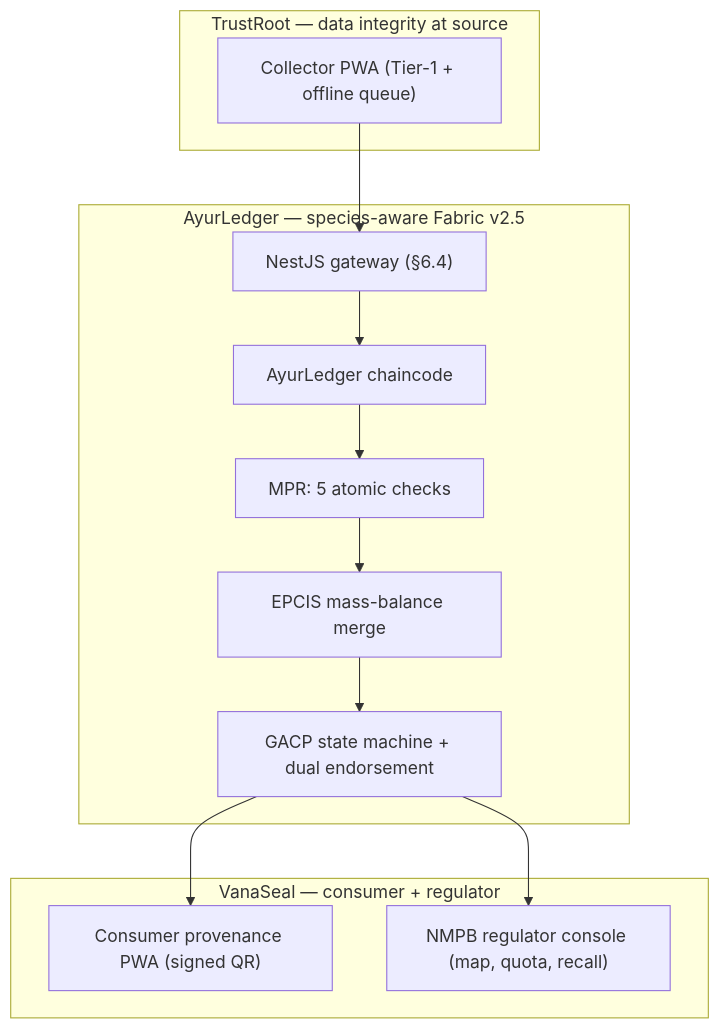
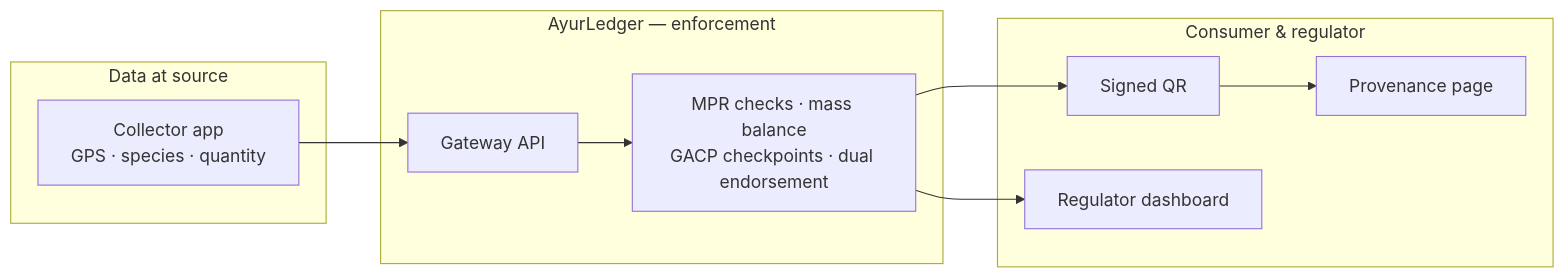
One commit to shivampunekar04-sudo/Ayurtrace changed the diagram in README.md. Above: the diagram before and after it, drawn with Mermaid. The commit also changed other lines of this file, not shown here.

````diff
--- a/README.md
+++ b/README.md
@@ -47,19 +56,17 @@
 ```mermaid
-graph TD
-    subgraph L1["TrustRoot — data integrity at source"]
-      COL["Collector PWA (Tier-1 + offline queue)"]
+graph LR
+    subgraph L1["Data at source"]
+        C["Collector app<br/>GPS · species · quantity"]
     end
-    subgraph L2["AyurLedger — species-aware Fabric v2.5"]
-      GW["NestJS gateway (§6.4)"]
-      CC["AyurLedger chaincode"]
-      MPR["MPR: 5 atomic checks"]
-      TX["EPCIS mass-balance merge"]
-      GACP["GACP state machine + dual endorsement"]
+    subgraph L2["AyurLedger — enforcement"]
+        G["Gateway API"]
+        E["MPR checks · mass balance<br/>GACP checkpoints · dual endorsement"]
     end
-    subgraph L3["VanaSeal — consumer + regulator"]
-      CON["Consumer provenance PWA (signed QR)"]
-      REG["NMPB regulator console (map, quota, recall)"]
+    subgraph L3["Consumer & regulator"]
+        Q["Signed QR"]
+        P["Provenance page"]
+        R["Regulator dashboard"]
     end
-    COL --> GW --> CC --> MPR --> TX --> GACP --> CON
-    GACP --> REG
+    C --> G --> E --> Q --> P
+    E --> R
 ```
````
